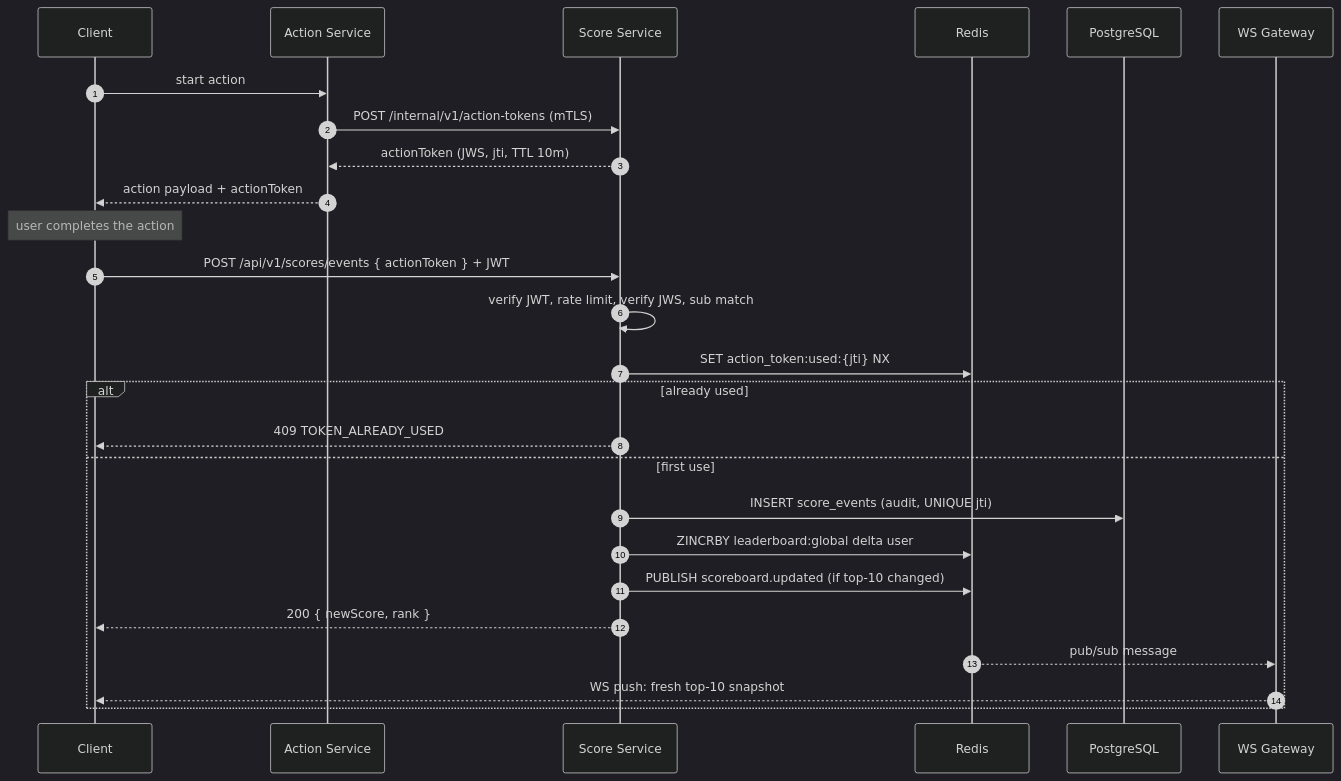
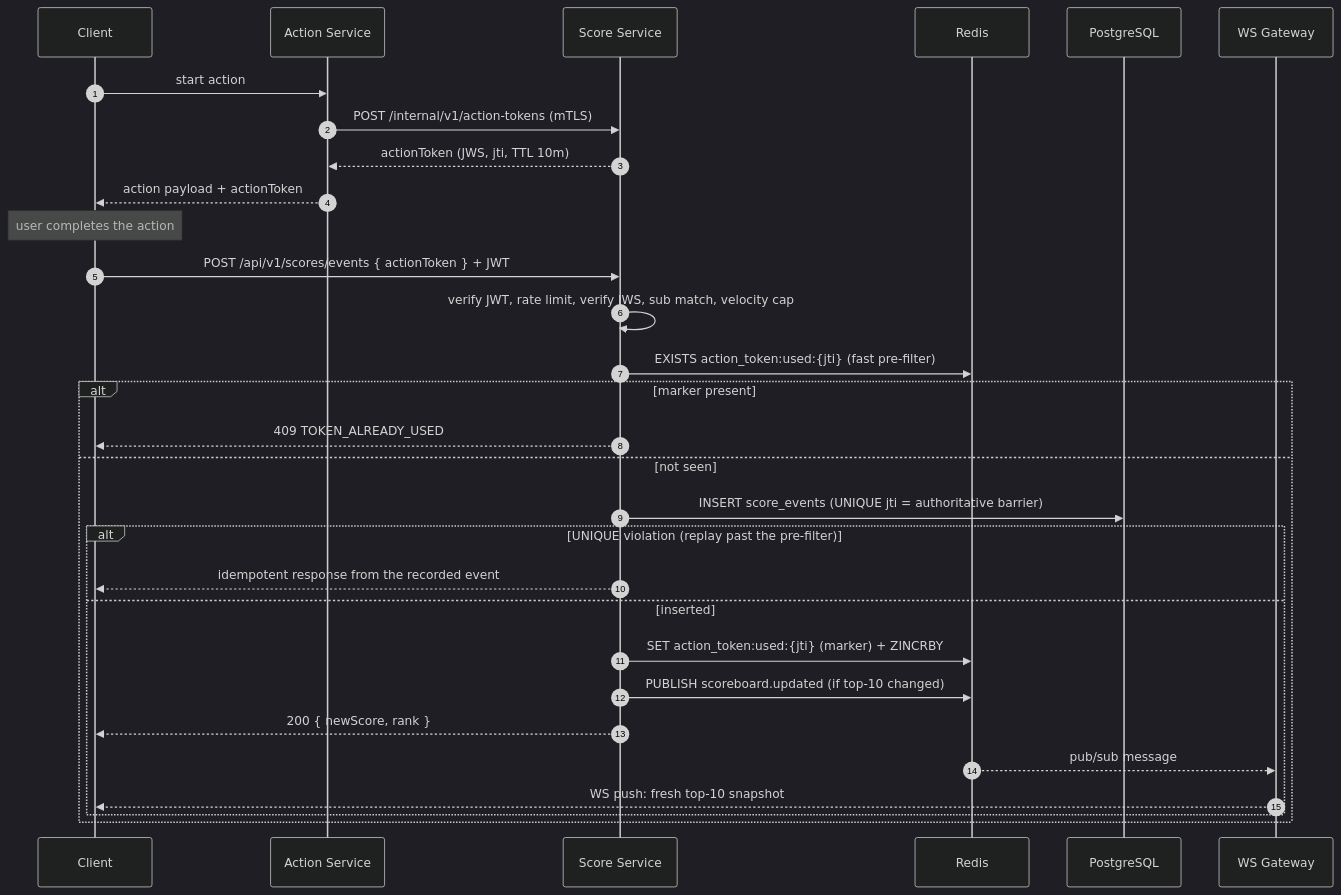
Before and after one commit to hatontuyen/99tech-code-challenge-be: the second of 2 diagrams in problem-6/README.md, drawn with Mermaid (dark theme). The commit also changed other lines of this file, not shown here.

First line of the commit message:
docs(problem-6): make the durable store the authoritative replay barrier

````diff
--- a/problem-6/README.md
+++ b/problem-6/README.md
@@ -178,29 +179,33 @@
 ```mermaid
 sequenceDiagram
     autonumber
     participant U as Client
     participant G as Action Service
     participant S as Score Service
     participant R as Redis
     participant P as PostgreSQL
     participant W as WS Gateway
 
     U->>G: start action
     G->>S: POST /internal/v1/action-tokens (mTLS)
     S-->>G: actionToken (JWS, jti, TTL 10m)
     G-->>U: action payload + actionToken
     Note over U: user completes the action
     U->>S: POST /api/v1/scores/events { actionToken } + JWT
-    S->>S: verify JWT, rate limit, verify JWS, sub match
-    S->>R: SET action_token:used:{jti} NX
-    alt already used
+    S->>S: verify JWT, rate limit, verify JWS, sub match, velocity cap
+    S->>R: EXISTS action_token:used:{jti} (fast pre-filter)
+    alt marker present
         S-->>U: 409 TOKEN_ALREADY_USED
-    else first use
-        S->>P: INSERT score_events (audit, UNIQUE jti)
-        S->>R: ZINCRBY leaderboard:global delta user
-        S->>R: PUBLISH scoreboard.updated (if top-10 changed)
-        S-->>U: 200 { newScore, rank }
-        R-->>W: pub/sub message
-        W-->>U: WS push: fresh top-10 snapshot
+    else not seen
+        S->>P: INSERT score_events (UNIQUE jti = authoritative barrier)
+        alt UNIQUE violation (replay past the pre-filter)
+            S-->>U: idempotent response from the recorded event
+        else inserted
+            S->>R: SET action_token:used:{jti} (marker) + ZINCRBY
+            S->>R: PUBLISH scoreboard.updated (if top-10 changed)
+            S-->>U: 200 { newScore, rank }
+            R-->>W: pub/sub message
+            W-->>U: WS push: fresh top-10 snapshot
+        end
     end
 ```
````
